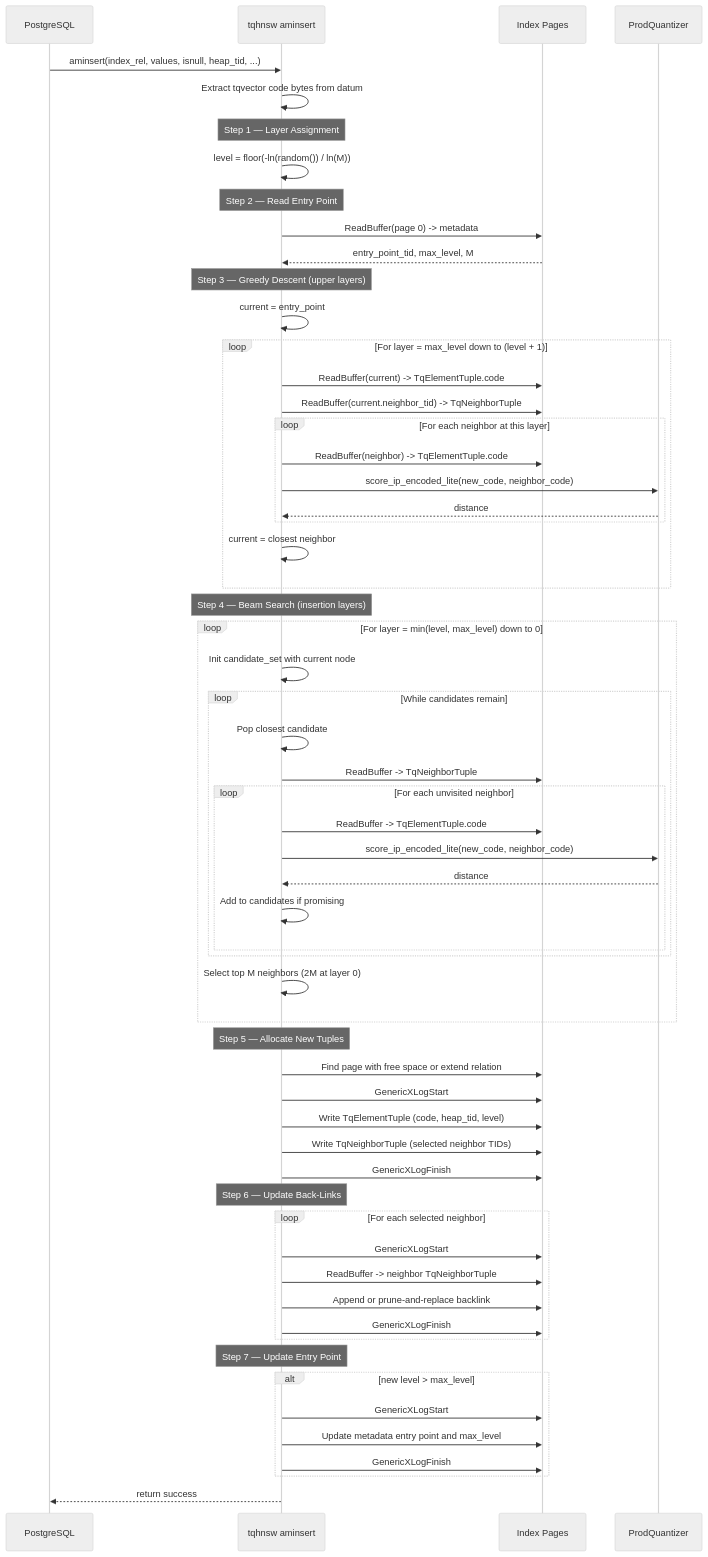
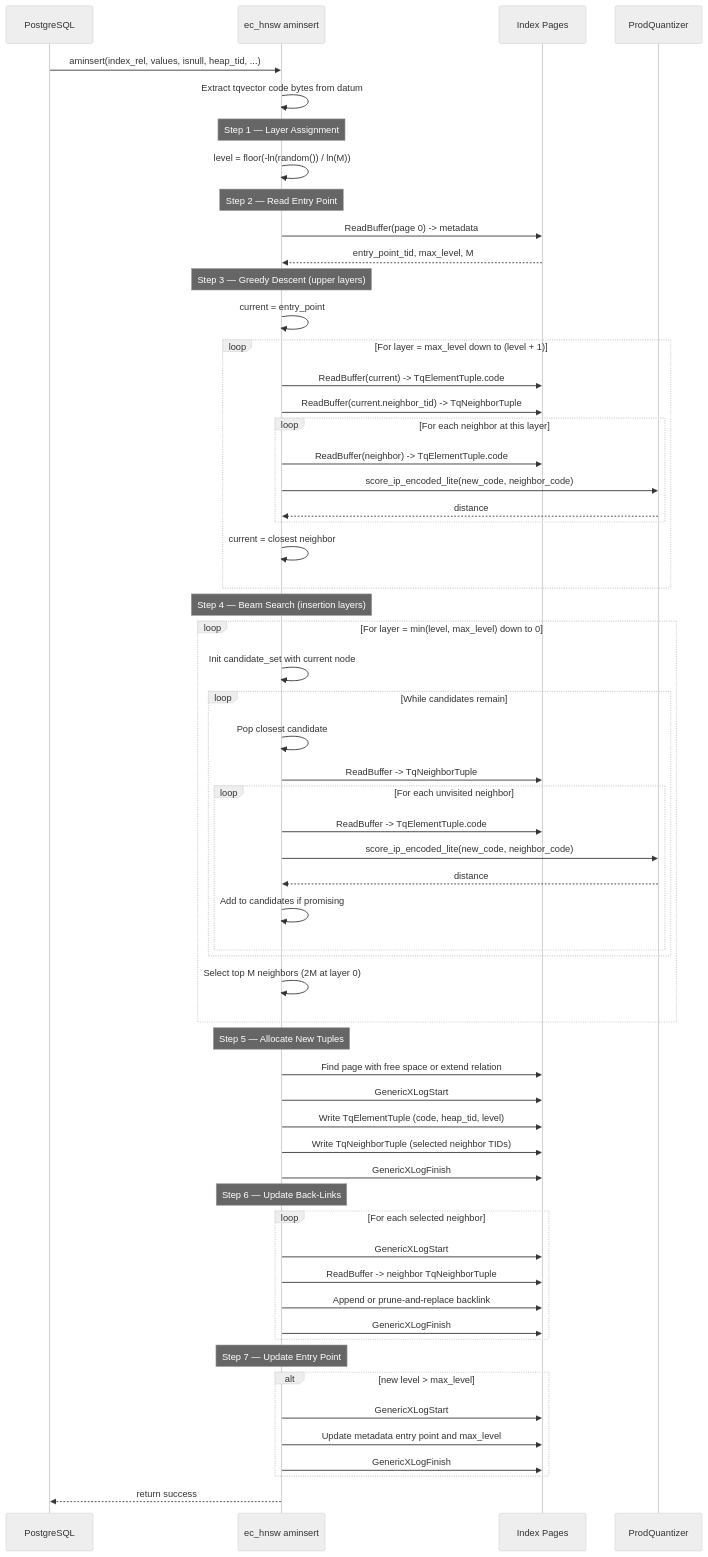
Before and after one commit to agent-ix/ecaz: the diagram in spec/functional/FR-016-hnsw-insert.md, drawn with Mermaid (neutral theme). The commit also changed other lines of this file and 107 other files, not shown here.

````diff
--- a/spec/functional/FR-016-hnsw-insert.md
+++ b/spec/functional/FR-016-hnsw-insert.md
@@ -31,72 +31,72 @@
 ```mermaid
 sequenceDiagram
     participant PG as PostgreSQL
-    participant Insert as tqhnsw aminsert
+    participant Insert as ec_hnsw aminsert
     participant Pages as Index Pages
     participant Quant as ProdQuantizer
 
     PG->>Insert: aminsert(index_rel, values, isnull, heap_tid, ...)
     Insert->>Insert: Extract tqvector code bytes from datum
 
     Note over Insert: Step 1 — Layer Assignment
     Insert->>Insert: level = floor(-ln(random()) / ln(M))
 
     Note over Insert: Step 2 — Read Entry Point
     Insert->>Pages: ReadBuffer(page 0) -> metadata
     Pages-->>Insert: entry_point_tid, max_level, M
 
     Note over Insert: Step 3 — Greedy Descent (upper layers)
     Insert->>Insert: current = entry_point
 
     loop For layer = max_level down to (level + 1)
         Insert->>Pages: ReadBuffer(current) -> TqElementTuple.code
         Insert->>Pages: ReadBuffer(current.neighbor_tid) -> TqNeighborTuple
         loop For each neighbor at this layer
             Insert->>Pages: ReadBuffer(neighbor) -> TqElementTuple.code
             Insert->>Quant: score_ip_encoded_lite(new_code, neighbor_code)
             Quant-->>Insert: distance
         end
         Insert->>Insert: current = closest neighbor
     end
 
     Note over Insert: Step 4 — Beam Search (insertion layers)
 
     loop For layer = min(level, max_level) down to 0
         Insert->>Insert: Init candidate_set with current node
         loop While candidates remain
             Insert->>Insert: Pop closest candidate
             Insert->>Pages: ReadBuffer -> TqNeighborTuple
             loop For each unvisited neighbor
                 Insert->>Pages: ReadBuffer -> TqElementTuple.code
                 Insert->>Quant: score_ip_encoded_lite(new_code, neighbor_code)
                 Quant-->>Insert: distance
                 Insert->>Insert: Add to candidates if promising
             end
         end
         Insert->>Insert: Select top M neighbors (2M at layer 0)
     end
 
     Note over Insert: Step 5 — Allocate New Tuples
     Insert->>Pages: Find page with free space or extend relation
     Insert->>Pages: GenericXLogStart
     Insert->>Pages: Write TqElementTuple (code, heap_tid, level)
     Insert->>Pages: Write TqNeighborTuple (selected neighbor TIDs)
     Insert->>Pages: GenericXLogFinish
 
     Note over Insert: Step 6 — Update Back-Links
     loop For each selected neighbor
         Insert->>Pages: GenericXLogStart
         Insert->>Pages: ReadBuffer -> neighbor TqNeighborTuple
         Insert->>Pages: Append or prune-and-replace backlink
         Insert->>Pages: GenericXLogFinish
     end
 
     Note over Insert: Step 7 — Update Entry Point
     alt new level > max_level
         Insert->>Pages: GenericXLogStart
         Insert->>Pages: Update metadata entry point and max_level
         Insert->>Pages: GenericXLogFinish
     end
 
     Insert-->>PG: return success
 ```
````
